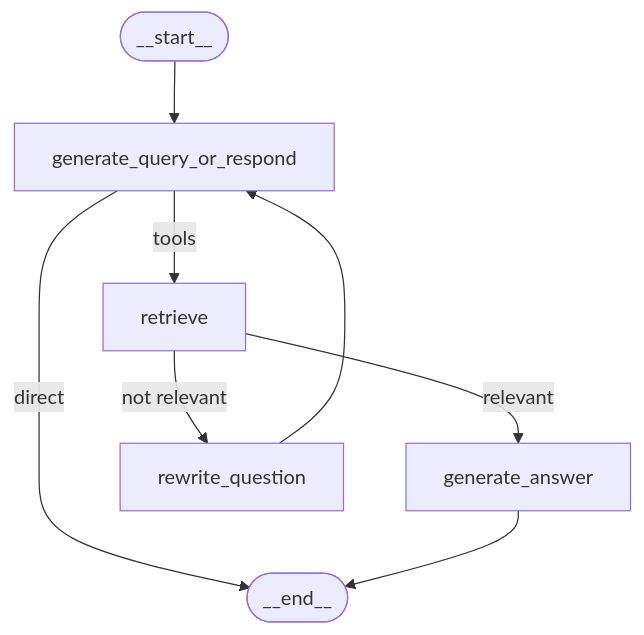
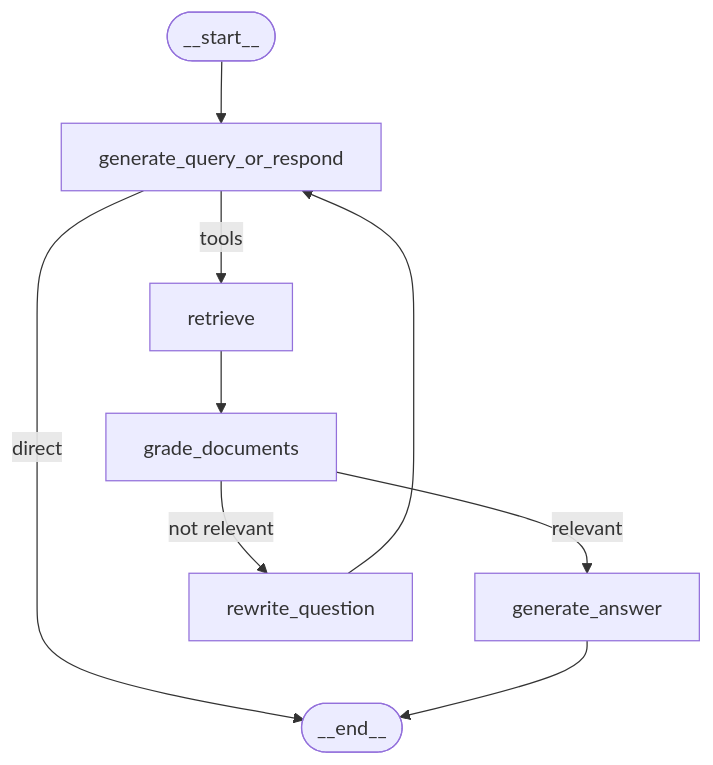
The diagram in README.md (ZeleMate/Agentic-RAG-PoC), drawn with Mermaid before and after one commit. The commit also changed other lines of this file, not shown here.

Commit message:
fixed the architecture image

````diff
--- a/README.md
+++ b/README.md
@@ -9,10 +15,11 @@
 ```mermaid
 flowchart TD
   start([__start__]) --> decide[generate_query_or_respond]
   decide -- tools --> retrieve[retrieve]
-  retrieve -->|relevant| answer[generate_answer]
-  retrieve -->|not relevant| rewrite[rewrite_question]
+  retrieve --> grade[grade_documents]
+  grade -->|relevant| answer[generate_answer]
+  grade -->|not relevant| rewrite[rewrite_question]
   decide -->|direct| end_node([__end__])
   answer --> end_node
   rewrite --> decide
 ```
````
